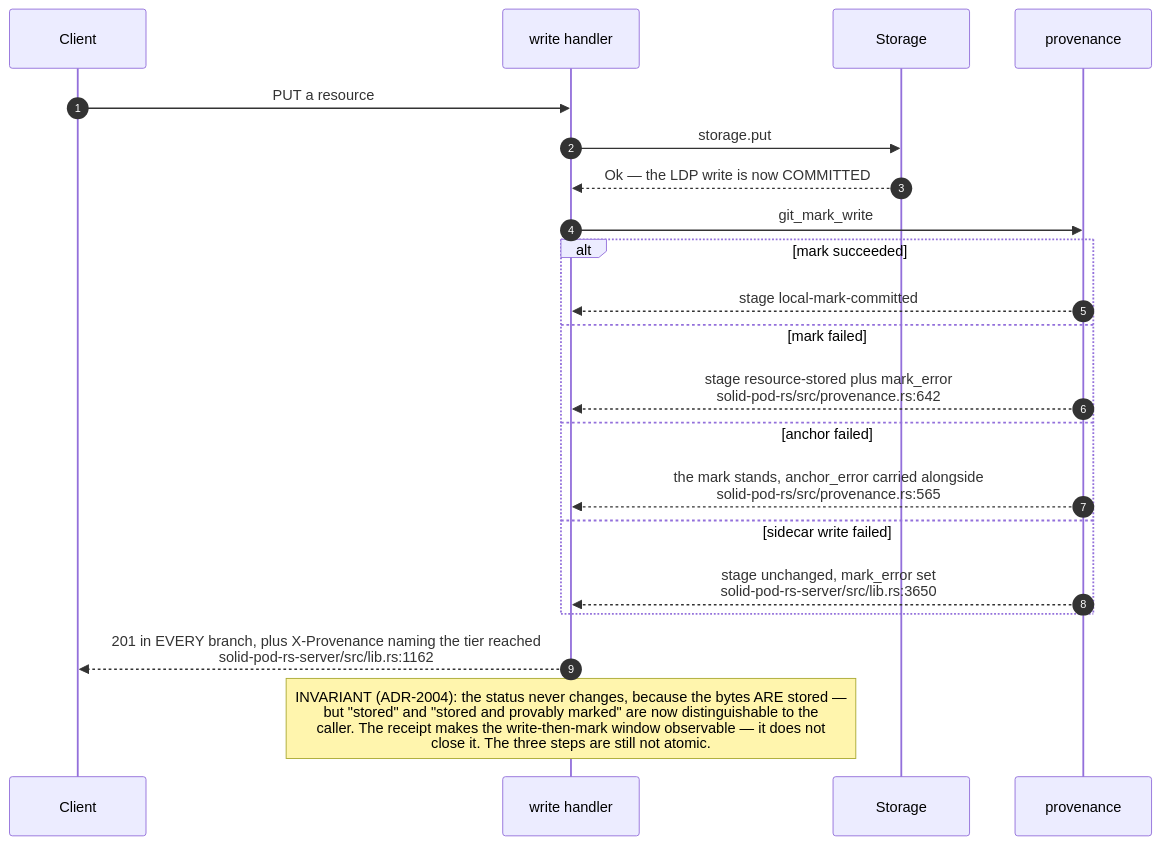
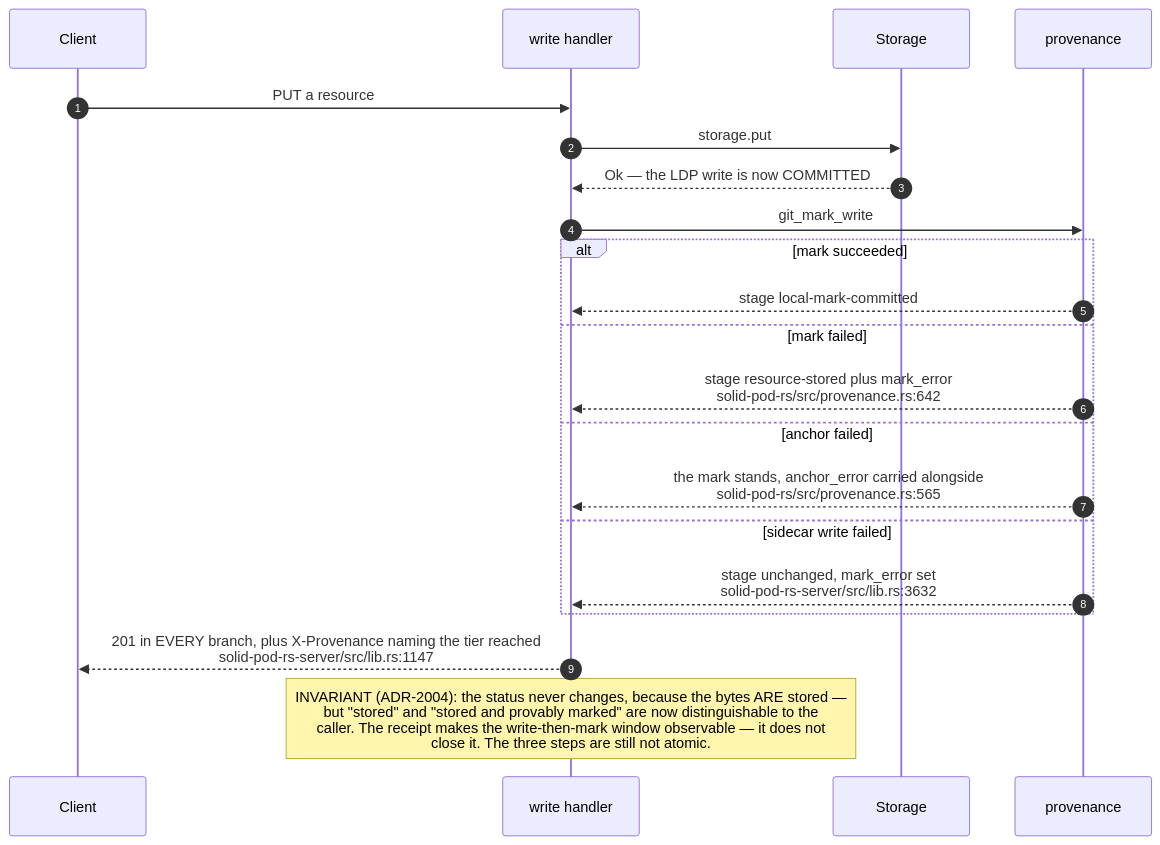
The third of 12 diagrams in docs/diagrams/solid-pod-rs/10-failure-modes-and-invariants.md (DreamLab-AI/VisionFlow), drawn with Mermaid before and after one commit. The commit also changed other lines of this file and 111 other files, not shown here.

Commit message:
docs(diagrams): align estate maps with current source

````diff
--- a/docs/diagrams/solid-pod-rs/10-failure-modes-and-invariants.md
+++ b/docs/diagrams/solid-pod-rs/10-failure-modes-and-invariants.md
@@ -93,25 +93,25 @@
 ```mermaid
 sequenceDiagram
     autonumber
     participant C as Client
     participant H as write handler
     participant S as Storage
     participant P as provenance
 
     C->>H: PUT a resource
     H->>S: storage.put
     S-->>H: Ok — the LDP write is now COMMITTED
     H->>P: git_mark_write
     alt mark succeeded
         P-->>H: stage local-mark-committed
     else mark failed
         P-->>H: stage resource-stored plus mark_error<br/>solid-pod-rs/src/provenance.rs:642
     else anchor failed
         P-->>H: the mark stands, anchor_error carried alongside<br/>solid-pod-rs/src/provenance.rs:565
     else sidecar write failed
-        P-->>H: stage unchanged, mark_error set<br/>solid-pod-rs-server/src/lib.rs:3650
+        P-->>H: stage unchanged, mark_error set<br/>solid-pod-rs-server/src/lib.rs:3632
     end
-    H-->>C: 201 in EVERY branch, plus X-Provenance naming the tier reached<br/>solid-pod-rs-server/src/lib.rs:1162
+    H-->>C: 201 in EVERY branch, plus X-Provenance naming the tier reached<br/>solid-pod-rs-server/src/lib.rs:1147
 
     Note over H: INVARIANT (ADR-2004): the status never changes, because the bytes ARE stored —<br/>but "stored" and "stored and provably marked" are now distinguishable to the<br/>caller. The receipt makes the write-then-mark window observable — it does not<br/>close it. The three steps are still not atomic.
 ```
````
